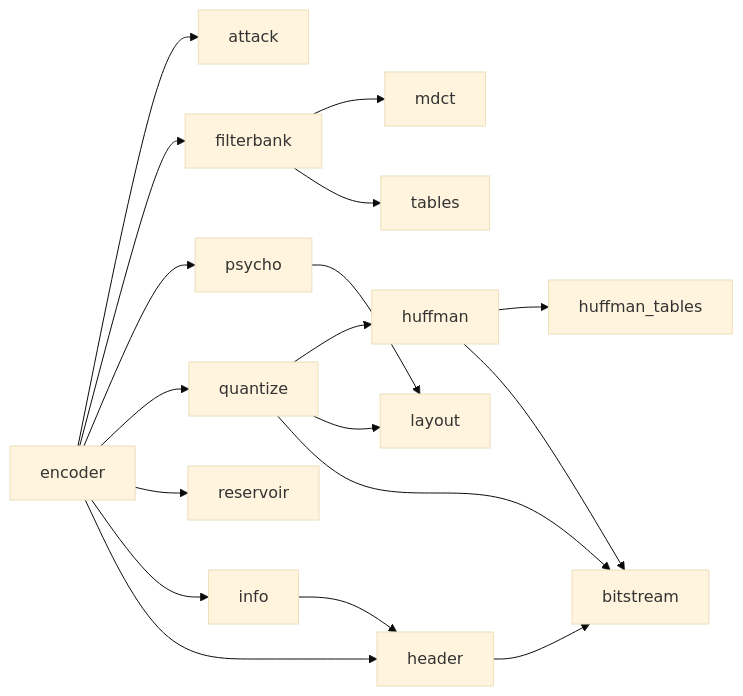
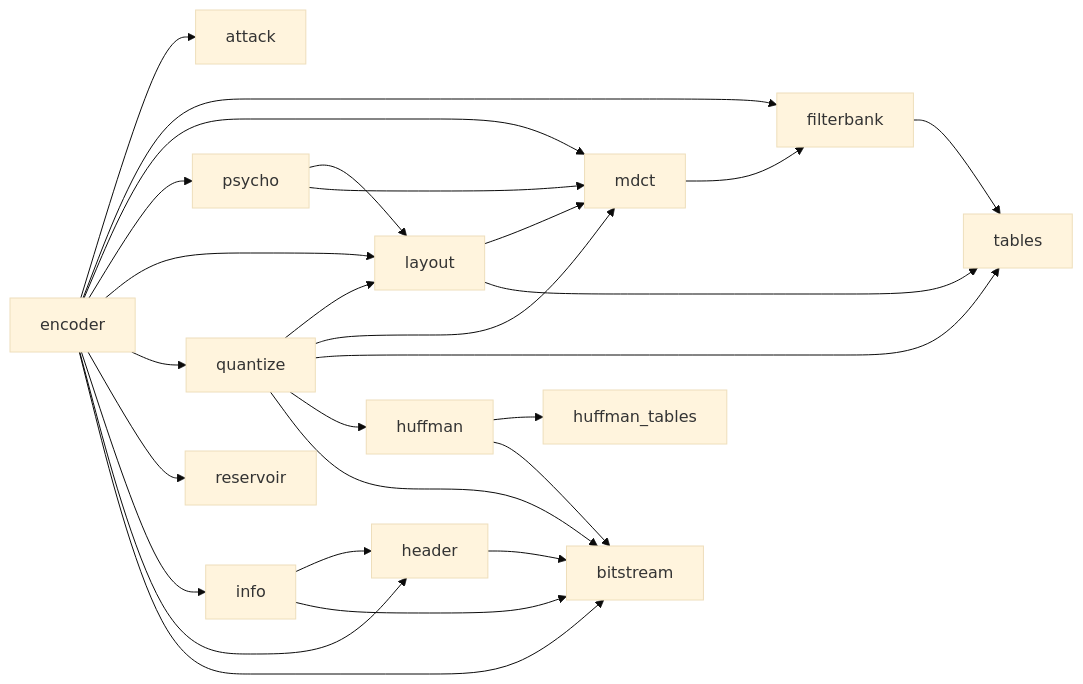
Before and after one commit to iannitram/craft-mp3: the diagram in docs/code-map.md, drawn with Mermaid (base theme). The commit also changed other lines of this file and 3 other files, not shown here.

Commit message:
Sweep: code map links, roadmap status and issue list, changelog

````diff
--- a/docs/code-map.md
+++ b/docs/code-map.md
@@ -38,16 +38,29 @@
 ```mermaid
 flowchart LR
   ENC["encoder"] --> ATT["attack"]
-  ENC --> FB["filterbank"] --> MDCT["mdct"]
+  ENC --> FB["filterbank"]
+  ENC --> MDCT["mdct"]
   ENC --> PSY["psycho"]
-  ENC --> Q["quantize"] --> HUF["huffman"] --> HT["huffman_tables"]
+  ENC --> LAY["layout"]
+  ENC --> Q["quantize"]
   ENC --> RES["reservoir"]
-  ENC --> INFO["info"] --> HDR["header"]
-  ENC --> HDR
-  PSY --> LAY["layout"]
+  ENC --> INFO["info"]
+  ENC --> HDR["header"]
+  ENC --> BS["bitstream"]
+  MDCT --> FB
+  FB --> TAB["tables"]
+  LAY --> MDCT
+  LAY --> TAB
+  PSY --> LAY
+  PSY --> MDCT
   Q --> LAY
-  FB --> TAB["tables"]
-  HDR --> BS["bitstream"]
+  Q --> MDCT
+  Q --> TAB
+  Q --> HUF["huffman"]
+  Q --> BS
+  HUF --> HT["huffman_tables"]
   HUF --> BS
-  Q --> BS
+  INFO --> HDR
+  INFO --> BS
+  HDR --> BS
 ```
````
